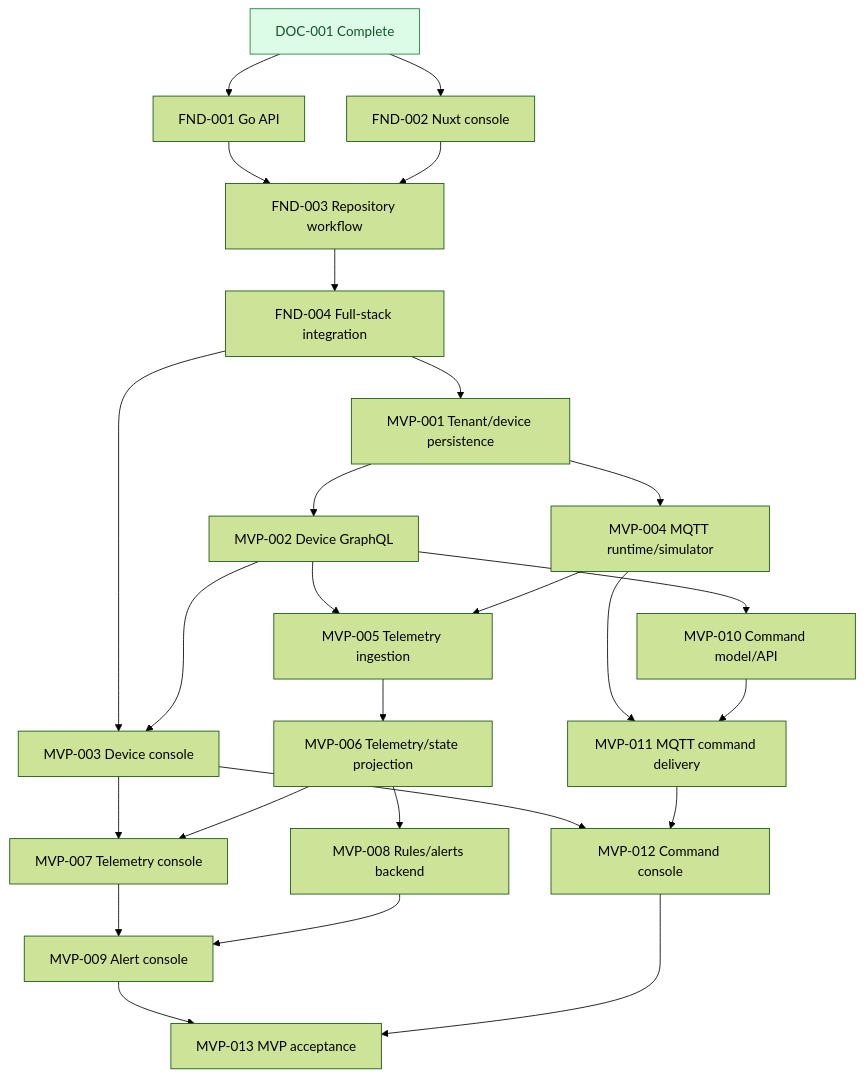
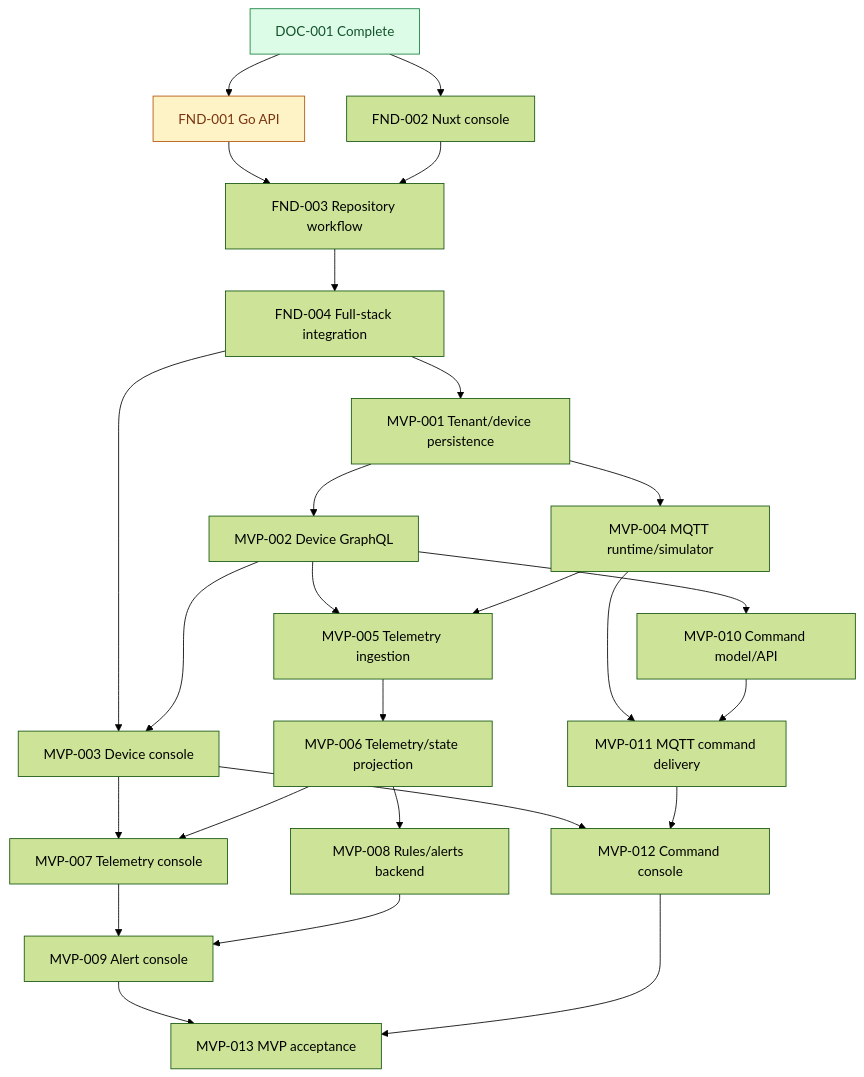
The second of 2 diagrams in docs/roadmap/roadmap.md (methat-ruk/pulsegrid), drawn with Mermaid (forest theme) before and after one commit. The commit also changed other lines of this file and 24 other files, not shown here.

````diff
--- a/docs/roadmap/roadmap.md
+++ b/docs/roadmap/roadmap.md
@@ -49,36 +49,38 @@
 ```mermaid
 flowchart TD
     DOC001[DOC-001 Complete] --> FND001[FND-001 Go API]
     DOC001 --> FND002[FND-002 Nuxt console]
     FND001 --> FND003[FND-003 Repository workflow]
     FND002 --> FND003
     FND003 --> FND004[FND-004 Full-stack integration]
 
     FND004 --> MVP001[MVP-001 Tenant/device persistence]
     MVP001 --> MVP002[MVP-002 Device GraphQL]
     FND004 --> MVP003[MVP-003 Device console]
     MVP002 --> MVP003
 
     MVP001 --> MVP004[MVP-004 MQTT runtime/simulator]
     MVP002 --> MVP005[MVP-005 Telemetry ingestion]
     MVP004 --> MVP005
     MVP005 --> MVP006[MVP-006 Telemetry/state projection]
     MVP003 --> MVP007[MVP-007 Telemetry console]
     MVP006 --> MVP007
 
     MVP006 --> MVP008[MVP-008 Rules/alerts backend]
     MVP007 --> MVP009[MVP-009 Alert console]
     MVP008 --> MVP009
 
     MVP002 --> MVP010[MVP-010 Command model/API]
     MVP004 --> MVP011[MVP-011 MQTT command delivery]
     MVP010 --> MVP011
     MVP003 --> MVP012[MVP-012 Command console]
     MVP011 --> MVP012
 
     MVP009 --> MVP013[MVP-013 MVP acceptance]
     MVP012 --> MVP013
 
     classDef complete fill:#DCFCE7,stroke:#15803D,color:#14532D;
+    classDef review fill:#FEF3C7,stroke:#B45309,color:#78350F;
     class DOC001 complete;
+    class FND001 review;
 ```
````
